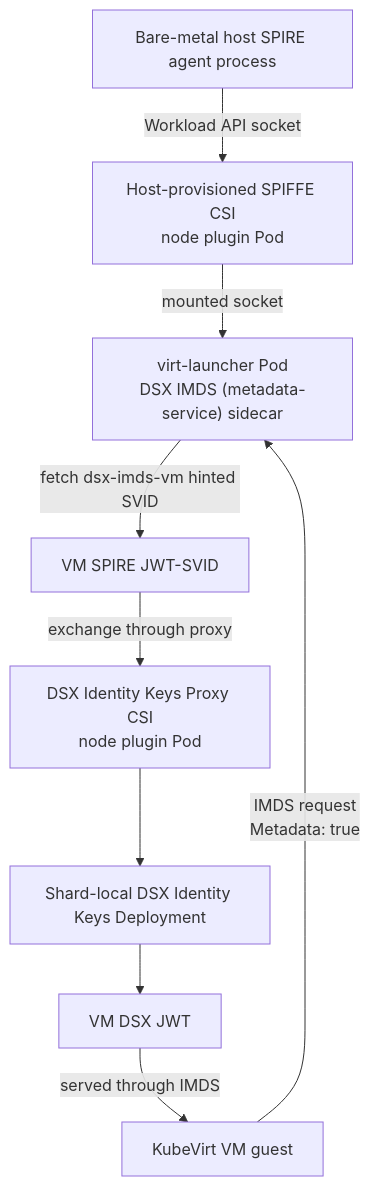
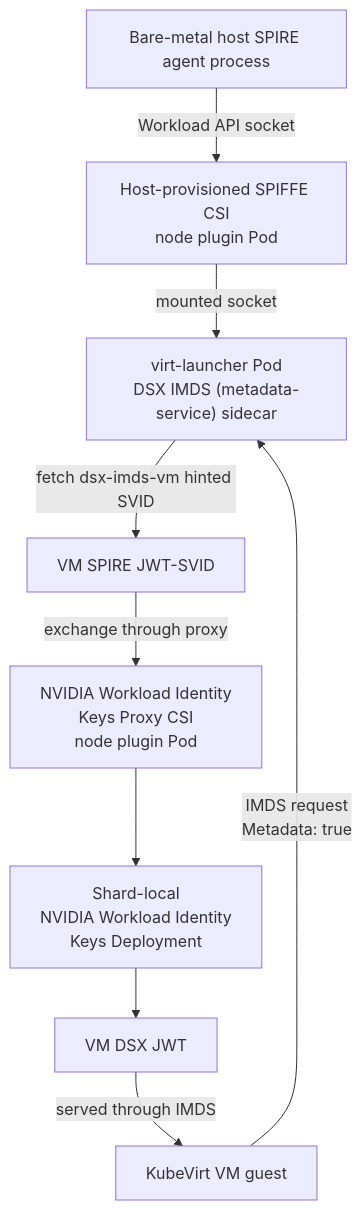
The third of 3 diagrams in cmd/metadata-service/README.md (dsx-ai-factory/nvidia-workload-identity), drawn with Mermaid before and after one commit. The commit also changed other lines of this file and 41 other files, not shown here.

First line of the commit message:
fix(NO-REF): update NVIDIA Workload Identity display names

````diff
--- a/cmd/metadata-service/README.md
+++ b/cmd/metadata-service/README.md
@@ -75,20 +75,20 @@
 ```mermaid
 flowchart TB
   HostAgent["Bare-metal host SPIRE agent process"]
   CSI["Host-provisioned SPIFFE CSI<br/>node plugin Pod"]
   Metadata["virt-launcher Pod<br/>DSX IMDS (metadata-service) sidecar"]
-  Proxy["DSX Identity Keys Proxy CSI<br/>node plugin Pod"]
-  IdentityKeys["Shard-local DSX Identity Keys Deployment"]
+  Proxy["NVIDIA Workload Identity<br/>Keys Proxy CSI<br/>node plugin Pod"]
+  IdentityKeys["Shard-local<br/>NVIDIA Workload Identity<br/>Keys Deployment"]
   VMJWT["VM SPIRE JWT-SVID"]
   DSXJWT["VM DSX JWT"]
   VM["KubeVirt VM guest"]
 
   HostAgent -->|"Workload API socket"| CSI
   CSI -->|"mounted socket"| Metadata
   VM -->|"IMDS request<br/>Metadata: true"| Metadata
   Metadata -->|"fetch dsx-imds-vm hinted SVID"| VMJWT
   VMJWT -->|"exchange through proxy"| Proxy
   Proxy --> IdentityKeys
   IdentityKeys --> DSXJWT
   DSXJWT -->|"served through IMDS"| VM
 ```
````
